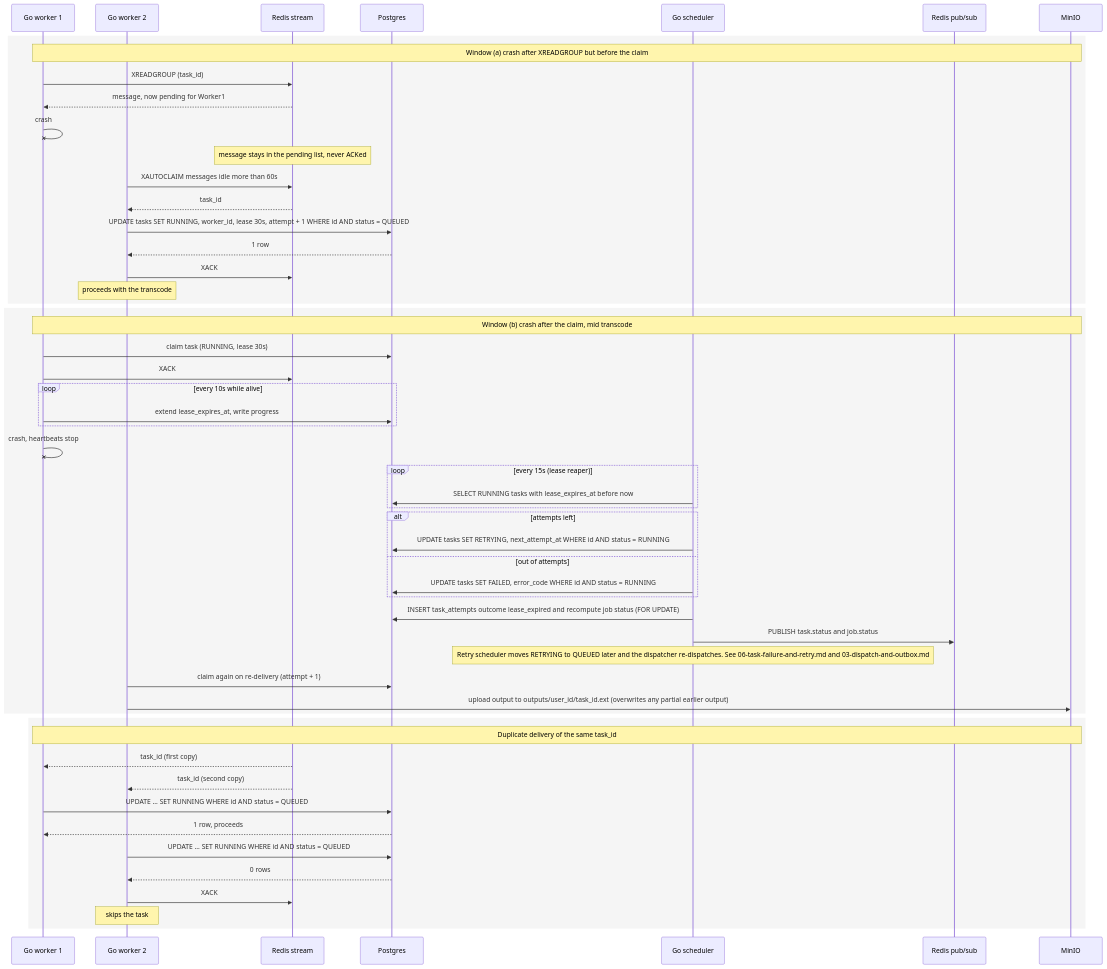
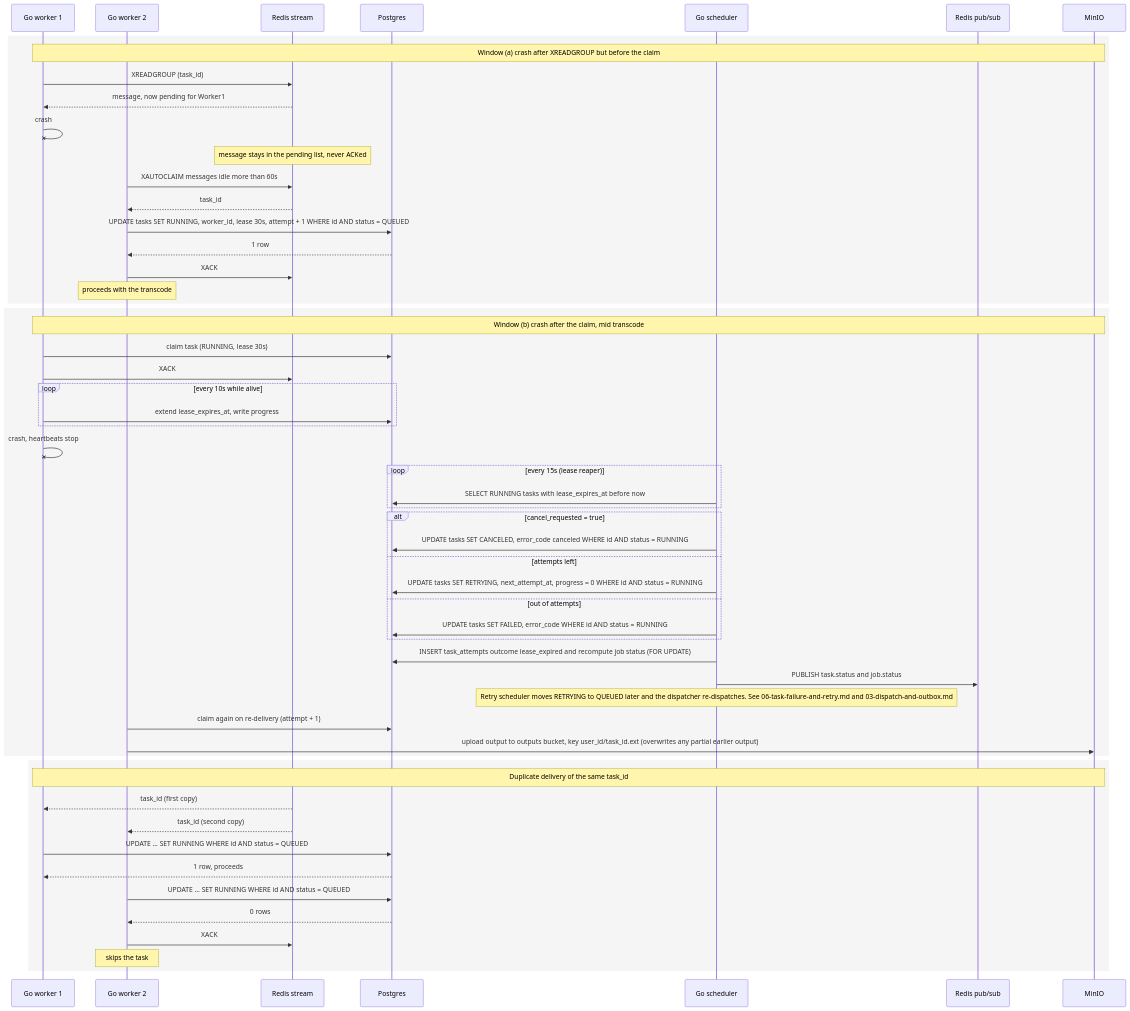
Before and after one commit to MardonBa/transcoding-job-scheduler: the diagram in docs/diagrams/sequence/07-worker-crash-recovery.md, drawn with Mermaid. The commit also changed other lines of this file and 31 other files, not shown here.

````diff
--- a/docs/diagrams/sequence/07-worker-crash-recovery.md
+++ b/docs/diagrams/sequence/07-worker-crash-recovery.md
@@ -5,59 +5,61 @@
 ```mermaid
 sequenceDiagram
     participant Worker1 as Go worker 1
     participant Worker2 as Go worker 2
     participant RStream as Redis stream
     participant PG as Postgres
     participant Sched as Go scheduler
     participant RPubSub as Redis pub/sub
     participant MinIO
 
     rect rgb(245, 245, 245)
     Note over Worker1,MinIO: Window (a) crash after XREADGROUP but before the claim
     Worker1->>RStream: XREADGROUP (task_id)
     RStream-->>Worker1: message, now pending for Worker1
     Worker1-xWorker1: crash
     Note over RStream: message stays in the pending list, never ACKed
     Worker2->>RStream: XAUTOCLAIM messages idle more than 60s
     RStream-->>Worker2: task_id
     Worker2->>PG: UPDATE tasks SET RUNNING, worker_id, lease 30s, attempt + 1 WHERE id AND status = QUEUED
     PG-->>Worker2: 1 row
     Worker2->>RStream: XACK
     Note over Worker2: proceeds with the transcode
     end
 
     rect rgb(245, 245, 245)
     Note over Worker1,MinIO: Window (b) crash after the claim, mid transcode
     Worker1->>PG: claim task (RUNNING, lease 30s)
     Worker1->>RStream: XACK
     loop every 10s while alive
         Worker1->>PG: extend lease_expires_at, write progress
     end
     Worker1-xWorker1: crash, heartbeats stop
     loop every 15s (lease reaper)
         Sched->>PG: SELECT RUNNING tasks with lease_expires_at before now
     end
-    alt attempts left
-        Sched->>PG: UPDATE tasks SET RETRYING, next_attempt_at WHERE id AND status = RUNNING
+    alt cancel_requested = true
+        Sched->>PG: UPDATE tasks SET CANCELED, error_code canceled WHERE id AND status = RUNNING
+    else attempts left
+        Sched->>PG: UPDATE tasks SET RETRYING, next_attempt_at, progress = 0 WHERE id AND status = RUNNING
     else out of attempts
         Sched->>PG: UPDATE tasks SET FAILED, error_code WHERE id AND status = RUNNING
     end
     Sched->>PG: INSERT task_attempts outcome lease_expired and recompute job status (FOR UPDATE)
     Sched->>RPubSub: PUBLISH task.status and job.status
     Note over Sched: Retry scheduler moves RETRYING to QUEUED later and the dispatcher re-dispatches. See 06-task-failure-and-retry.md and 03-dispatch-and-outbox.md
     Worker2->>PG: claim again on re-delivery (attempt + 1)
-    Worker2->>MinIO: upload output to outputs/user_id/task_id.ext (overwrites any partial earlier output)
+    Worker2->>MinIO: upload output to outputs bucket, key user_id/task_id.ext (overwrites any partial earlier output)
     end
 
     rect rgb(245, 245, 245)
     Note over Worker1,MinIO: Duplicate delivery of the same task_id
     RStream-->>Worker1: task_id (first copy)
     RStream-->>Worker2: task_id (second copy)
     Worker1->>PG: UPDATE ... SET RUNNING WHERE id AND status = QUEUED
     PG-->>Worker1: 1 row, proceeds
     Worker2->>PG: UPDATE ... SET RUNNING WHERE id AND status = QUEUED
     PG-->>Worker2: 0 rows
     Worker2->>RStream: XACK
     Note over Worker2: skips the task
     end
 ```
````
